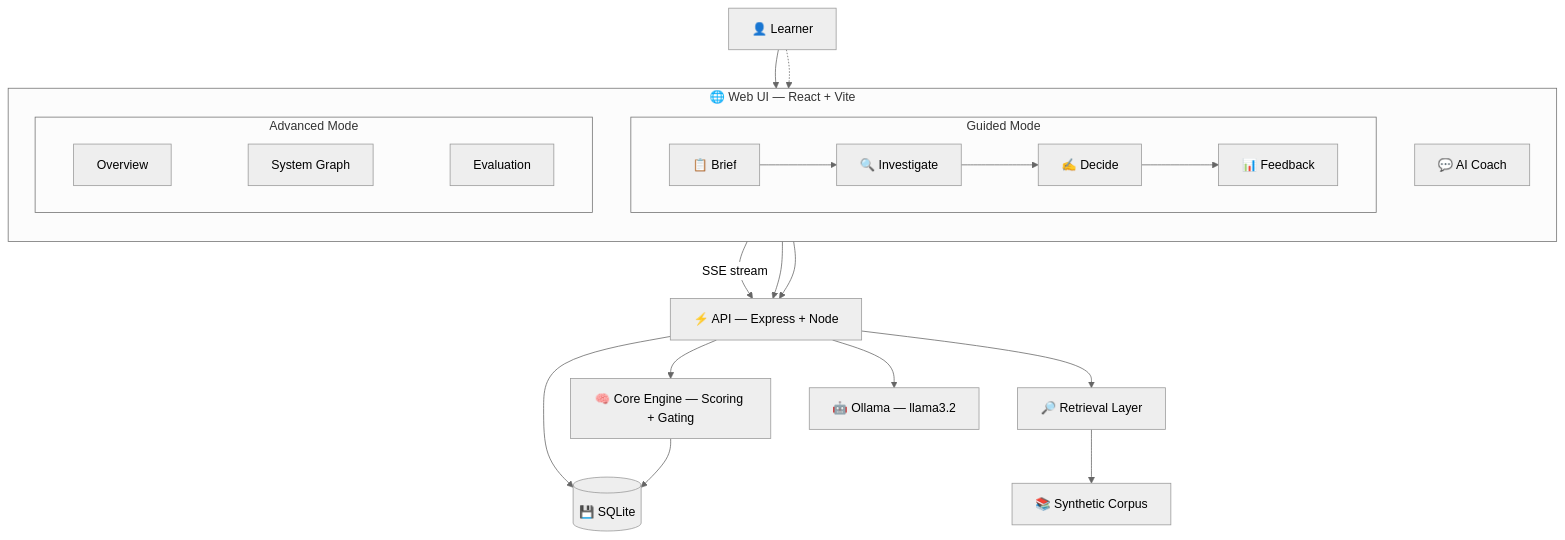
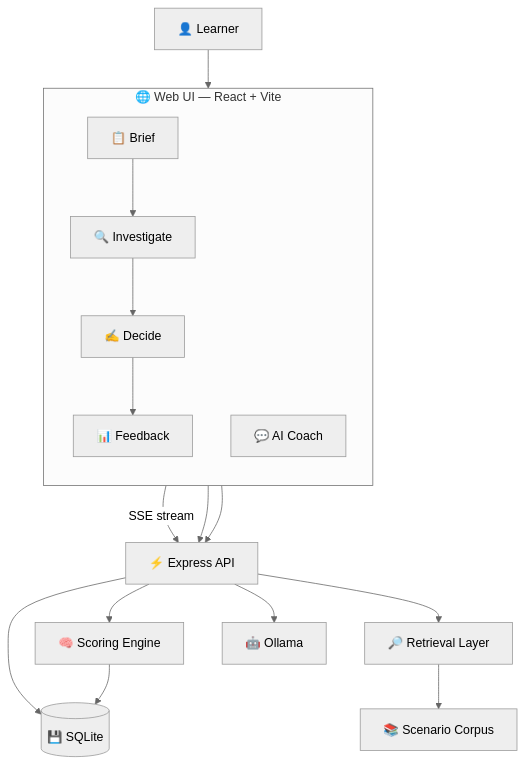
One commit to asharma3084/OmniMentor-Learning-Platform changed the diagram in README.md. Above: the diagram before and after it, drawn with Mermaid (neutral theme). The commit also changed other lines of this file and 9 other files, not shown here.

````diff
--- a/README.md
+++ b/README.md
@@ -179,32 +351,26 @@
 ```mermaid
 flowchart TB
   U["👤 Learner"]
   subgraph UI["🌐 Web UI — React + Vite"]
     direction TB
-    subgraph G["Guided Mode"]
-      B["📋 Brief"] --> I["🔍 Investigate"] --> D["✍️ Decide"] --> F["📊 Feedback"]
-    end
-    subgraph A2["Advanced Mode"]
-      OV["Overview"] ~~~ SG["System Graph"] ~~~ EV["Evaluation"]
-    end
+    B["📋 Brief"] --> I["🔍 Investigate"] --> D["✍️ Decide"] --> F["📊 Feedback"]
     AI["💬 AI Coach"]
   end
-  API["⚡ API — Express + Node"]
-  CORE["🧠 Core Engine — Scoring + Gating"]
+  API["⚡ Express API"]
+  CORE["🧠 Scoring Engine"]
   RET["🔎 Retrieval Layer"]
-  LLM["🤖 Ollama — llama3.2"]
+  LLM["🤖 Ollama"]
   DB[("💾 SQLite")]
-  CORPUS["📚 Synthetic Corpus"]
+  CORPUS["📚 Scenario Corpus"]
 
-  U --> G
-  U -.-> A2
-  G --> API
-  A2 --> API
+  U --> B
   AI -->|"SSE stream"| API
+  F --> API
+  D --> API
   API --> CORE
   API --> RET
   API --> LLM
   API --> DB
   RET --> CORPUS
   CORE --> DB
 ```
````
